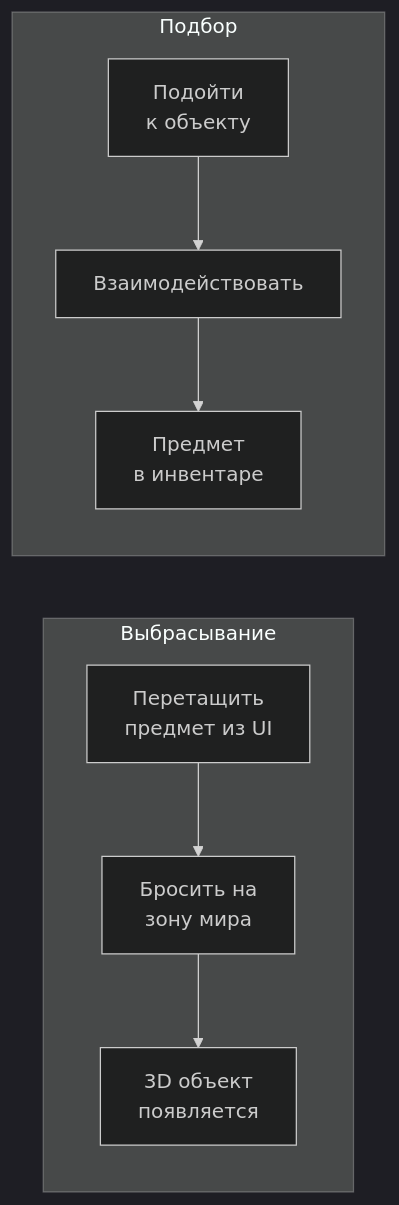
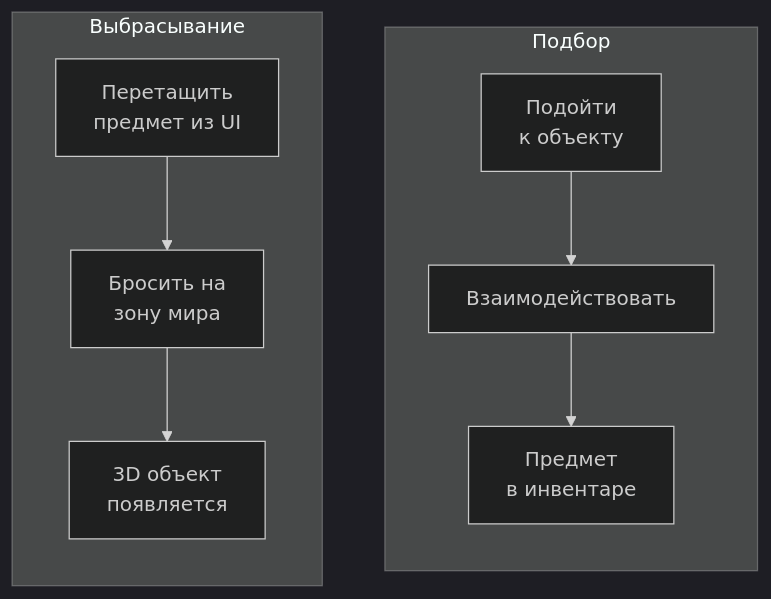
One commit to SergeevSergey99/DragAndDropSystem-Docs changed the first of 2 diagrams in .docs/content/systems/world-3d.ru.md. Above: the diagram before and after it, drawn with Mermaid (dark theme). The commit also changed other lines of this file and 1 other file, not shown here.

````diff
--- a/.docs/content/systems/world-3d.ru.md
+++ b/.docs/content/systems/world-3d.ru.md
@@ -9,13 +9,14 @@
 ```mermaid
 flowchart LR
     subgraph Выбрасывание
         A["Перетащить\nпредмет из UI"] --> B["Бросить на\nзону мира"]
         B --> C["3D объект\nпоявляется"]
     end
 
     subgraph Подбор
         D["Подойти\nк объекту"] --> E["Взаимодействовать"]
         E --> F["Предмет\nв инвентаре"]
     end
 
+    Выбрасывание ~~~ Подбор
 ```
````
